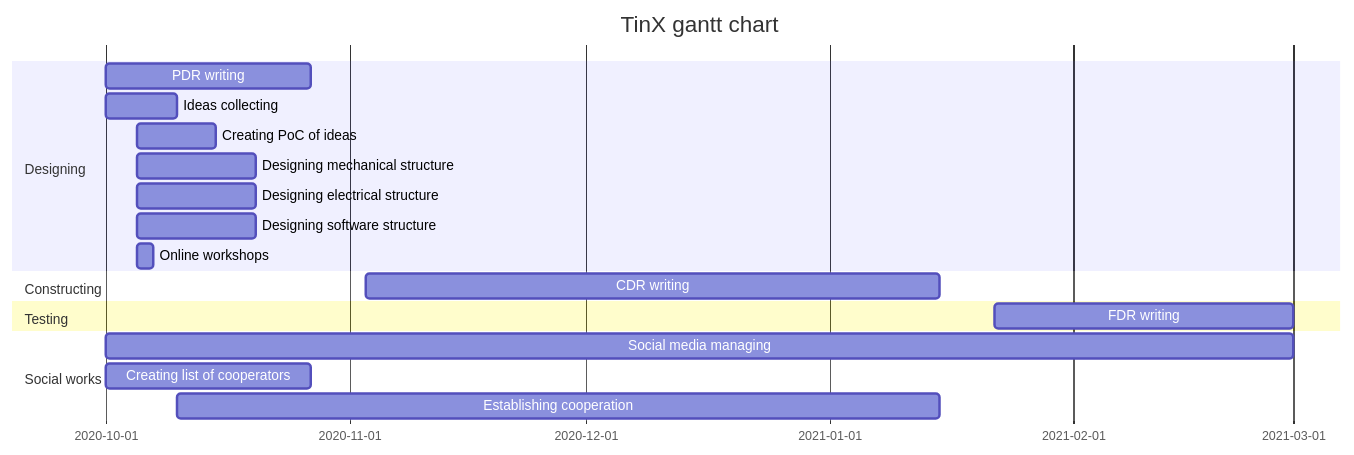
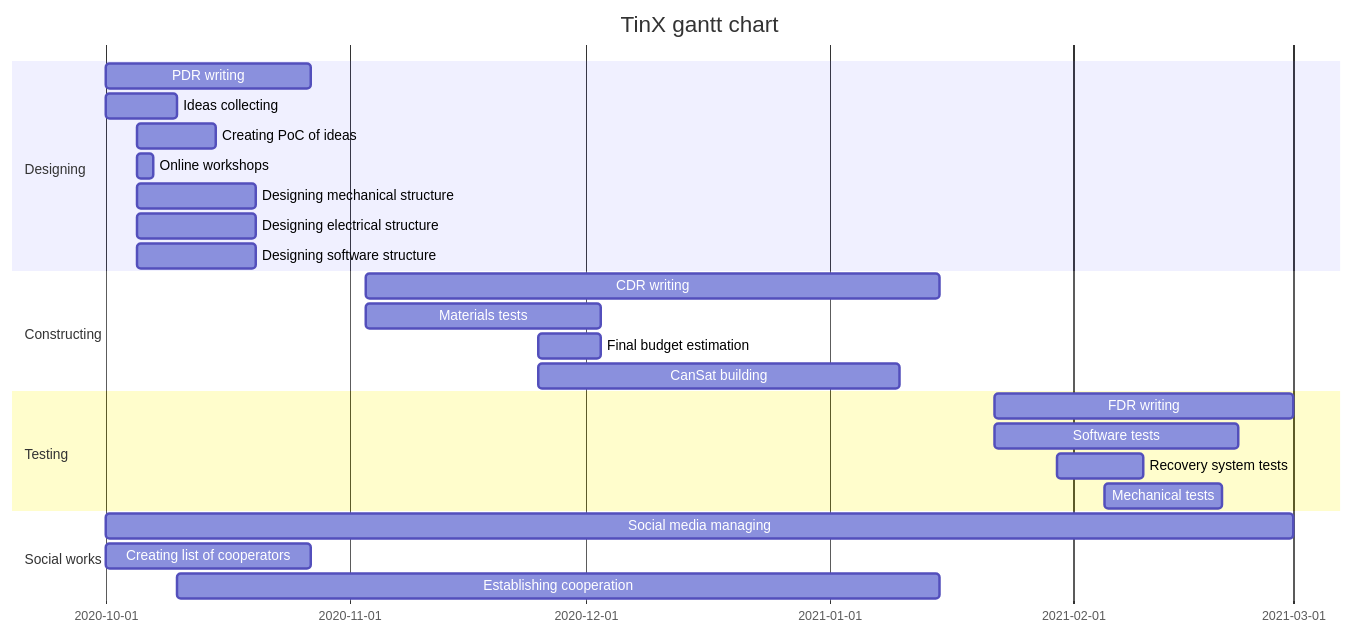
One commit to TinXsat/project-structure changed the diagram in gantt-chart.md. Above: the diagram before and after it, drawn with Mermaid.

Commit message:
Update gantt-chart.md
Add Constructing and Testing

````diff
--- a/gantt-chart.md
+++ b/gantt-chart.md
@@ -25,26 +25,32 @@
 ```mermaid
 gantt
     title TinX gantt chart
     dateFormat  YYYY-MM-DD
     
     section Designing
     PDR writing : 2020-10-01, 2020-10-27
     Ideas collecting : 2020-10-01, 2020-10-10
     Creating PoC of ideas : 2020-10-05, 2020-10-15
+    Online workshops : 2020-10-05, 2020-10-07
     Designing mechanical structure : 2020-10-05, 2020-10-20
     Designing electrical structure : 2020-10-05, 2020-10-20
     Designing software structure : 2020-10-05, 2020-10-20
-    Online workshops : 2020-10-05, 2020-10-07
     
     section Constructing
     CDR writing : 2020-11-03, 2021-01-15
-
+    Materials tests : 2020-11-03, 2020-12-03
+    Final budget estimation : 2020-11-25, 2020-12-03
+    CanSat building : 2020-11-25, 2021-01-10
+    
     section Testing 
     FDR writing : 2021-01-22, 2021-03-01
+    Software tests : 2021-01-22, 2021-02-22
+    Recovery system tests : 2021-01-30, 2021-02-10
+    Mechanical tests : 2021-02-05, 2021-02-20
     
     section Social works
     Social media managing : 2020-10-01, 2021-03-01
     Creating list of cooperators : 2020-10-01, 2020-10-27
     Establishing cooperation : 2020-10-10, 2021-01-15
     
 ```
````
